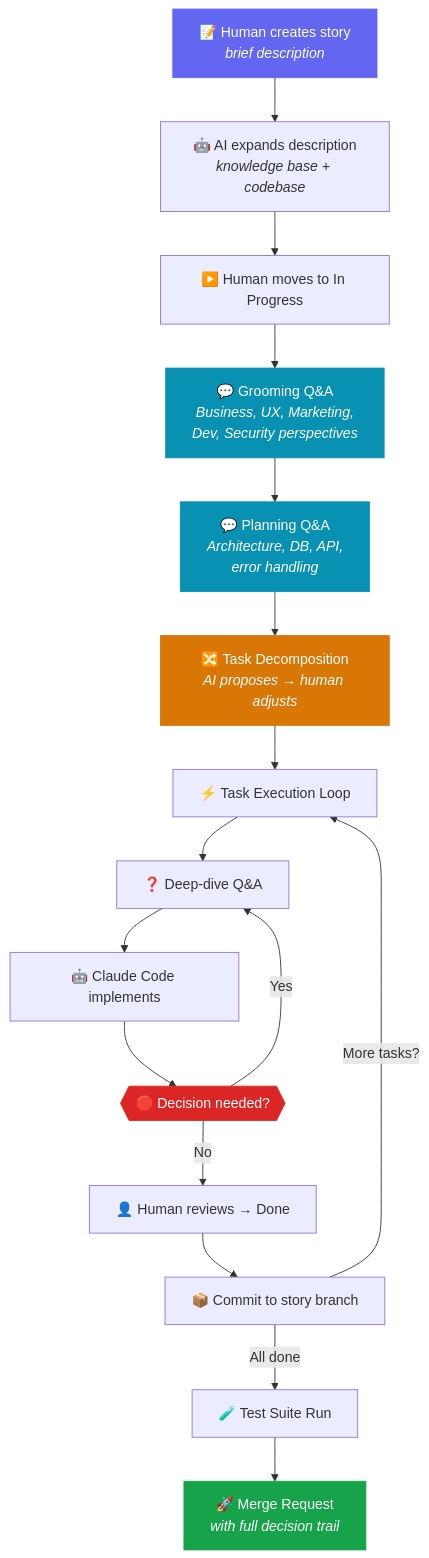
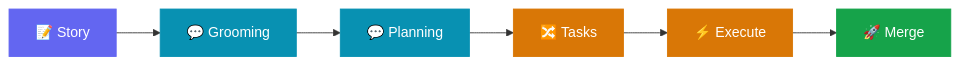
Before and after one commit to tomkapa/tompa: the first of 2 diagrams in README.md, drawn with Mermaid. The commit also changed other lines of this file, not shown here.

````diff
--- a/README.md
+++ b/README.md
@@ -60,32 +64,15 @@
 ```mermaid
-graph TD
-    CREATE["📝 Human creates story<br/><i>brief description</i>"]
-    EXPAND["🤖 AI expands description<br/><i>knowledge base + codebase</i>"]
-    START["▶️ Human moves to In Progress"]
-    GROOM["💬 Grooming Q&A<br/><i>Business, UX, Marketing,<br/>Dev, Security perspectives</i>"]
-    PLAN["💬 Planning Q&A<br/><i>Architecture, DB, API,<br/>error handling</i>"]
-    DECOMP["🔀 Task Decomposition<br/><i>AI proposes → human adjusts</i>"]
-    TASK["⚡ Task Execution Loop"]
-    QA["❓ Deep-dive Q&A"]
-    IMPL["🤖 Claude Code implements"]
-    PAUSE{{"🛑 Decision needed?"}}
-    REVIEW["👤 Human reviews → Done"]
-    COMMIT["📦 Commit to story branch"]
-    TEST["🧪 Test Suite Run"]
-    MR["🚀 Merge Request<br/><i>with full decision trail</i>"]
-
-    CREATE --> EXPAND --> START --> GROOM --> PLAN --> DECOMP
-    DECOMP --> TASK --> QA --> IMPL
-    IMPL --> PAUSE
-    PAUSE -->|"Yes"| QA
-    PAUSE -->|"No"| REVIEW --> COMMIT
-    COMMIT -->|"More tasks?"| TASK
-    COMMIT -->|"All done"| TEST --> MR
+graph LR
+    CREATE["📝 Story"] --> GROOM["💬 Grooming"]
+    GROOM --> PLAN["💬 Planning"]
+    PLAN --> DECOMP["🔀 Tasks"]
+    DECOMP --> EXEC["⚡ Execute"]
+    EXEC --> MR["🚀 Merge"]
 
     style CREATE fill:#6366f1,color:#fff,stroke:#6366f1
     style GROOM fill:#0891b2,color:#fff,stroke:#0891b2
     style PLAN fill:#0891b2,color:#fff,stroke:#0891b2
     style DECOMP fill:#d97706,color:#fff,stroke:#d97706
-    style PAUSE fill:#dc2626,color:#fff,stroke:#dc2626
+    style EXEC fill:#d97706,color:#fff,stroke:#d97706
     style MR fill:#16a34a,color:#fff,stroke:#16a34a
 ```
````
